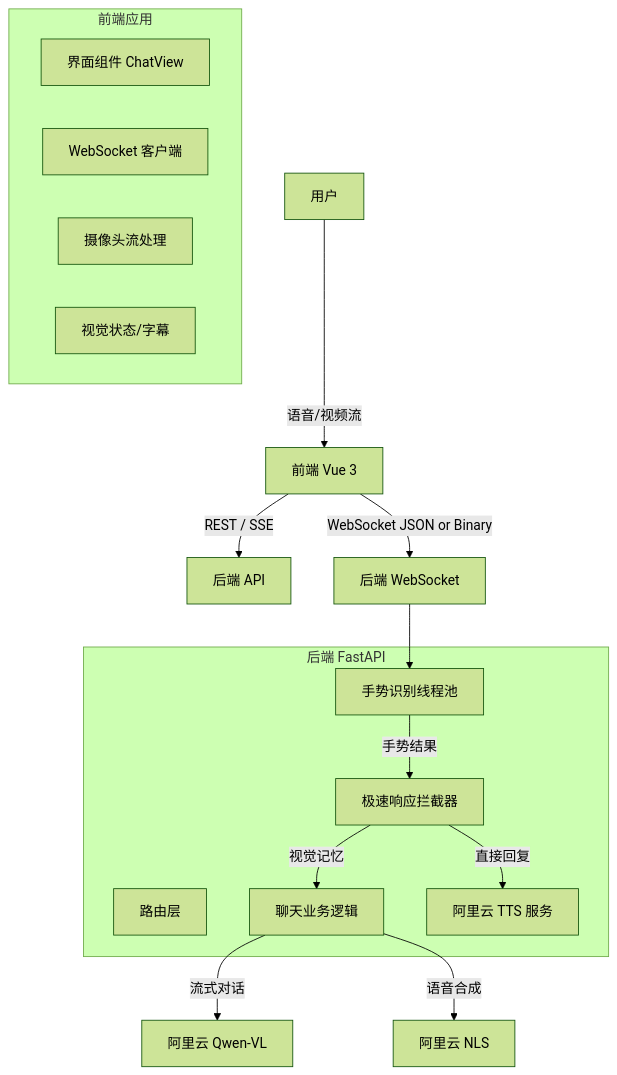
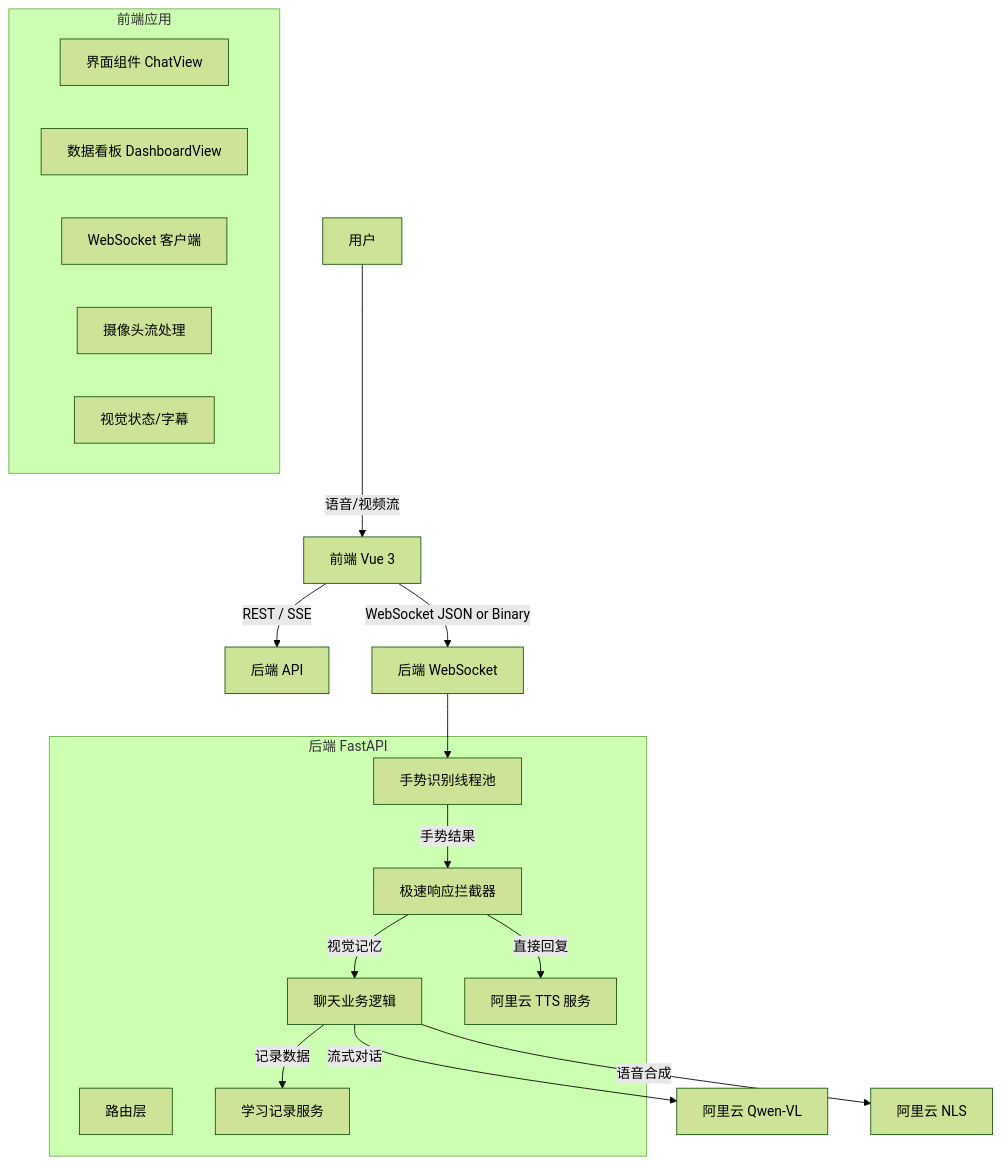
The first of 2 diagrams in README.md (izzyHuCN/KKChatBot-2), drawn with Mermaid (forest theme) before and after one commit. The commit also changed other lines of this file and 12 other files, not shown here.

````diff
--- a/README.md
+++ b/README.md
@@ -26,29 +27,32 @@
 ```mermaid
 graph TD
     User[用户] -->|语音/视频流| Frontend[前端 Vue 3]
     
     subgraph Frontend_App [前端应用]
         UI[界面组件 ChatView]
+        Dashboard[数据看板 DashboardView]
         WS_Client[WebSocket 客户端]
         Camera[摄像头流处理]
         Gesture_UI[视觉状态/字幕]
     end
     
     Frontend -->|REST / SSE| Backend_API[后端 API]
     Frontend -->|WebSocket JSON or Binary| Backend_WS[后端 WebSocket]
     
     subgraph Backend_App [后端 FastAPI]
         Router[路由层]
         CV_Worker[手势识别线程池]
         Fast_Path[极速响应拦截器]
         Chat_Service[聊天业务逻辑]
+        Learning_Service[学习记录服务]
         TTS_Service[阿里云 TTS 服务]
     end
     
     Backend_WS --> CV_Worker
     CV_Worker -->|手势结果| Fast_Path
     Fast_Path -->|直接回复| TTS_Service
     Fast_Path -->|视觉记忆| Chat_Service
     Chat_Service -->|流式对话| LLM[阿里云 Qwen-VL]
+    Chat_Service -->|记录数据| Learning_Service
     Chat_Service -->|语音合成| TTS[阿里云 NLS]
 ```
````
